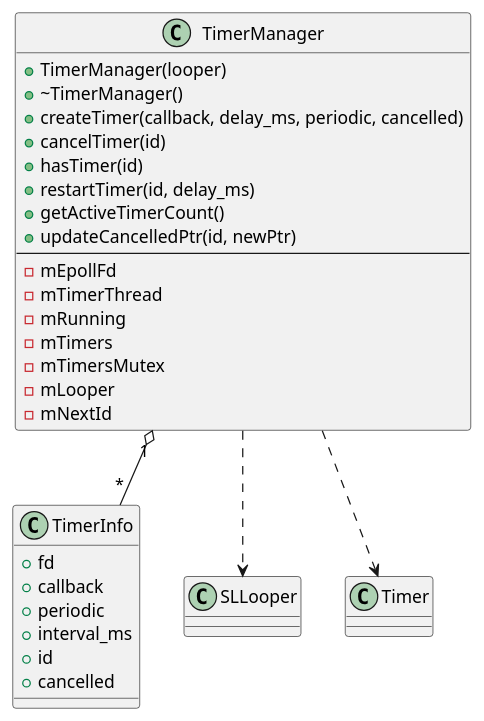
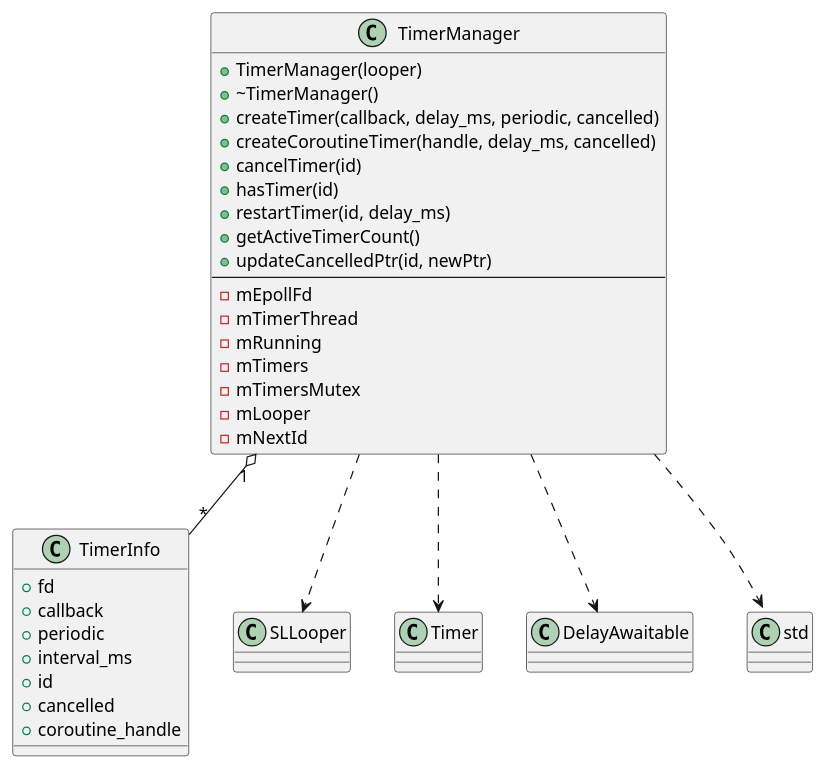
One commit to taikt/sw_task changed the eighth of 11 diagrams in doc/design/sw_task/class.puml. Above: the diagram before and after it, drawn with PlantUML. The commit also changed other lines of this file and 14 other files, not shown here.

```diff
--- a/doc/design/sw_task/class.puml
+++ b/doc/design/sw_task/class.puml
@@ -134,33 +233,37 @@
 @startuml
 class TimerManager {
     +TimerManager(looper)
     +~TimerManager()
     +createTimer(callback, delay_ms, periodic, cancelled)
+    +createCoroutineTimer(handle, delay_ms, cancelled)
     +cancelTimer(id)
     +hasTimer(id)
     +restartTimer(id, delay_ms)
     +getActiveTimerCount()
     +updateCancelledPtr(id, newPtr)
     --
     -mEpollFd
     -mTimerThread
     -mRunning
     -mTimers
     -mTimersMutex
     -mLooper
     -mNextId
 }
 
 class TimerInfo {
     +fd
     +callback
     +periodic
     +interval_ms
     +id
     +cancelled
+    +coroutine_handle
 }
 
 TimerManager "1" o-- "*" TimerInfo
 TimerManager ..> SLLooper
 TimerManager ..> Timer
+TimerManager ..> DelayAwaitable
+TimerManager ..> std::coroutine_handle
 @enduml
```
